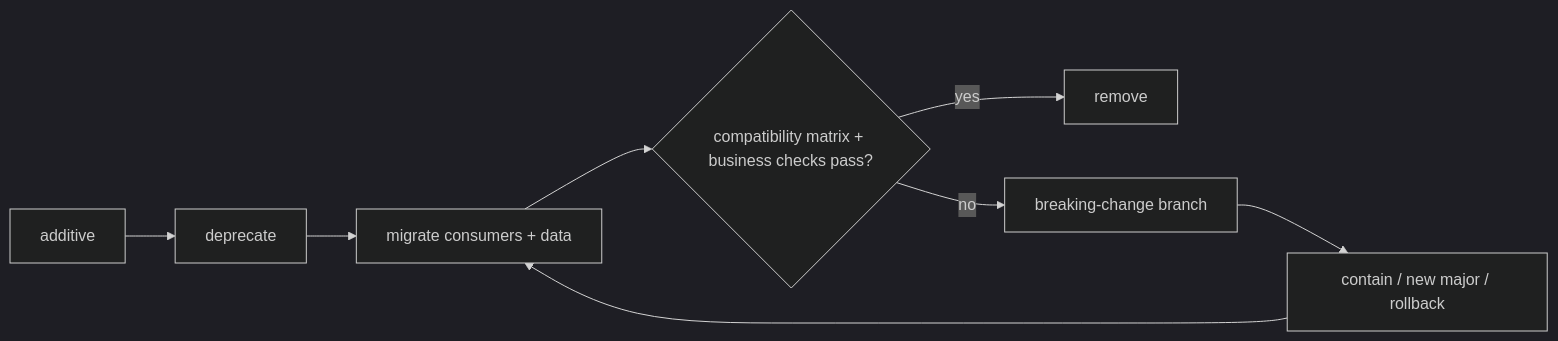
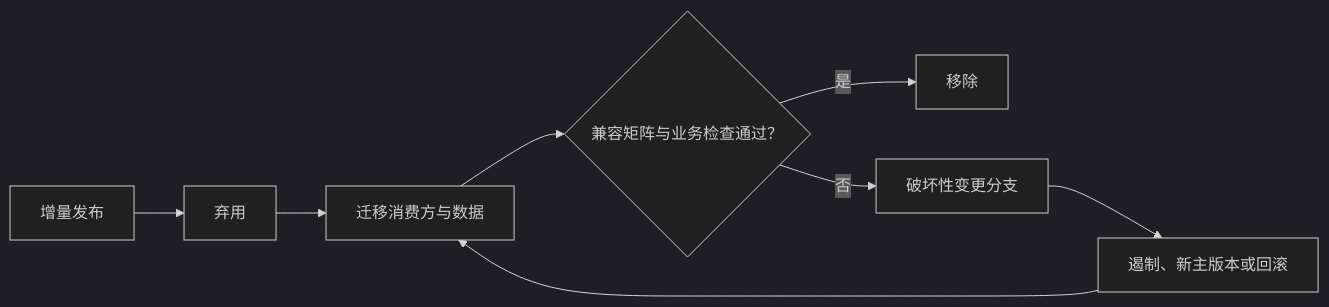
The diagram in content/quality-attributes/qa-07-compatibility-interoperability-versioning.mdx (sealday/tego-arch), drawn with Mermaid (dark theme) before and after one commit. The commit also changed other lines of this file and 20 other files, not shown here.

````diff
--- a/content/quality-attributes/qa-07-compatibility-interoperability-versioning.mdx
+++ b/content/quality-attributes/qa-07-compatibility-interoperability-versioning.mdx
@@ -105,10 +105,10 @@
 ```mermaid
 flowchart LR
-  A[additive] --> D[deprecate]
-  D --> M[migrate consumers + data]
-  M --> V{compatibility matrix + business checks pass?}
-  V -- yes --> R[remove]
-  V -- no --> B[breaking-change branch]
-  B --> C[contain / new major / rollback]
+  A[增量发布] --> D[弃用]
+  D --> M[迁移消费方与数据]
+  M --> V{兼容矩阵与业务检查通过？}
+  V -- 是 --> R[移除]
+  V -- 否 --> B[破坏性变更分支]
+  B --> C[遏制、新主版本或回滚]
   C --> M
 ```
````
